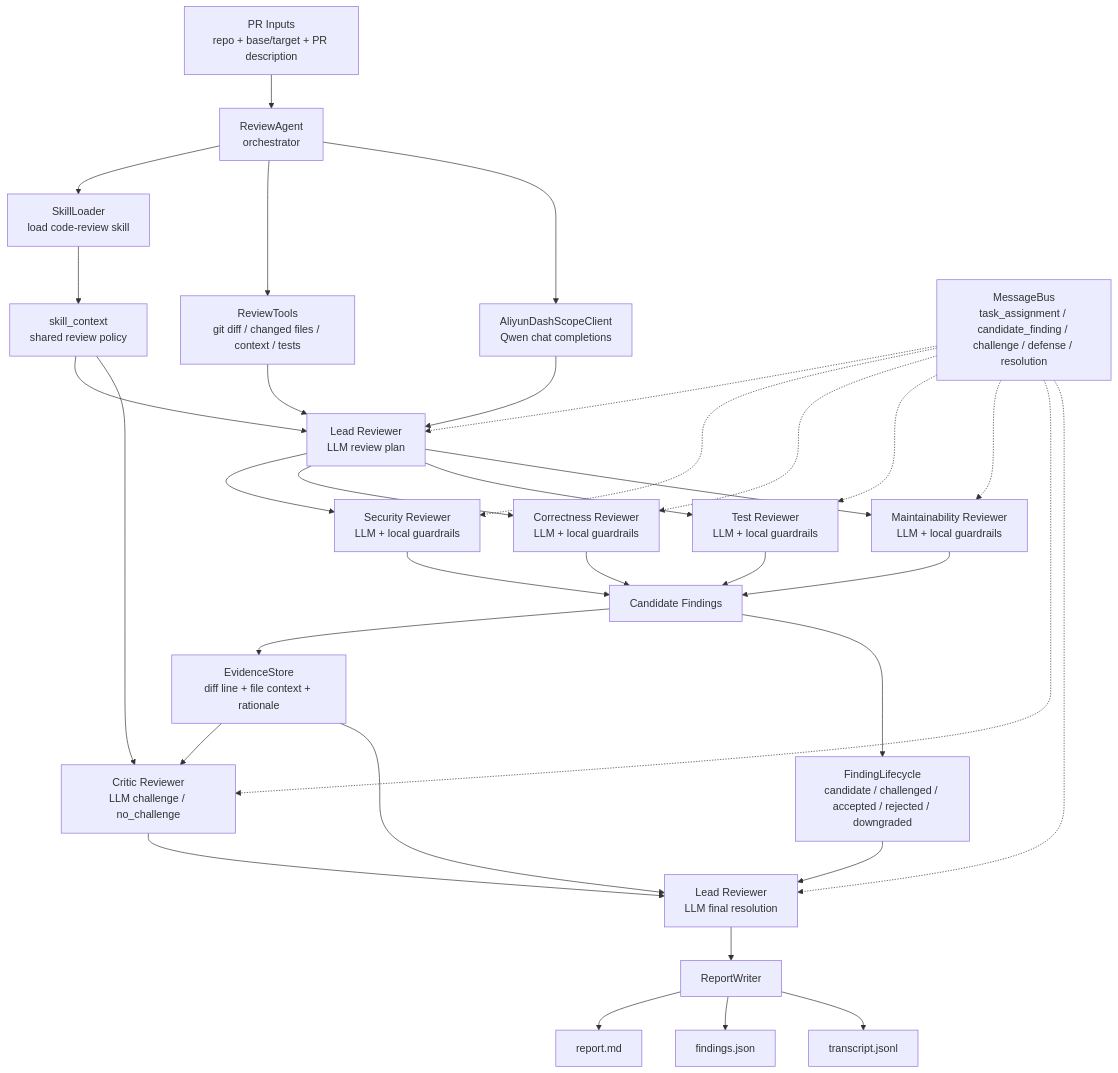
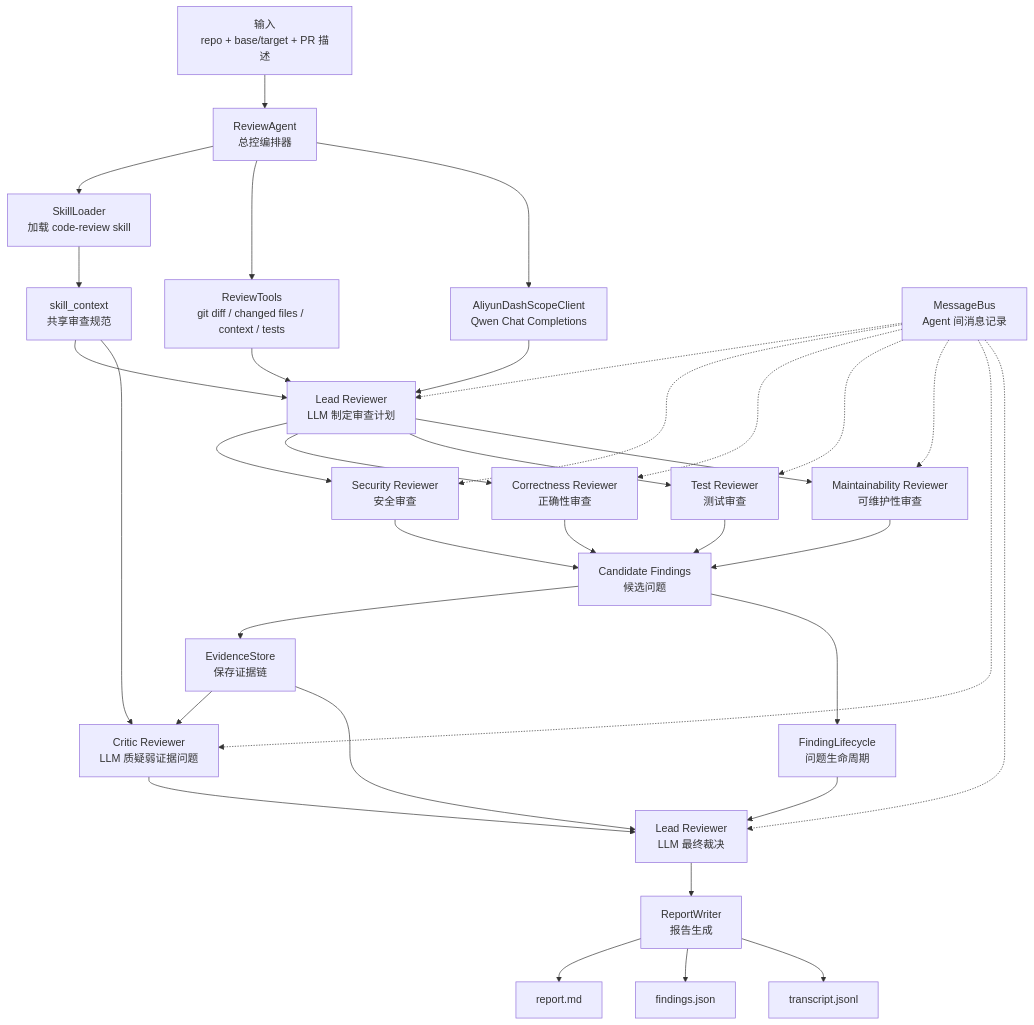
Before and after one commit to csy-csy123/pr-review-agent-council: the diagram in README.md, drawn with Mermaid. The commit also changed other lines of this file and 2 other files, not shown here.

````diff
--- a/README.md
+++ b/README.md
@@ -22,43 +33,43 @@
 ```mermaid
 flowchart TD
-    A["PR Inputs<br/>repo + base/target + PR description"] --> B["ReviewAgent<br/>orchestrator"]
-    B --> C["SkillLoader<br/>load code-review skill"]
+    A["输入<br/>repo + base/target + PR 描述"] --> B["ReviewAgent<br/>总控编排器"]
+    B --> C["SkillLoader<br/>加载 code-review skill"]
     B --> D["ReviewTools<br/>git diff / changed files / context / tests"]
-    B --> E["AliyunDashScopeClient<br/>Qwen chat completions"]
+    B --> E["AliyunDashScopeClient<br/>Qwen Chat Completions"]
 
-    C --> F["skill_context<br/>shared review policy"]
-    D --> G["Lead Reviewer<br/>LLM review plan"]
+    C --> F["skill_context<br/>共享审查规范"]
+    D --> G["Lead Reviewer<br/>LLM 制定审查计划"]
     E --> G
     F --> G
 
-    G --> H["Security Reviewer<br/>LLM + local guardrails"]
-    G --> I["Correctness Reviewer<br/>LLM + local guardrails"]
-    G --> J["Test Reviewer<br/>LLM + local guardrails"]
-    G --> K["Maintainability Reviewer<br/>LLM + local guardrails"]
+    G --> H["Security Reviewer<br/>安全审查"]
+    G --> I["Correctness Reviewer<br/>正确性审查"]
+    G --> J["Test Reviewer<br/>测试审查"]
+    G --> K["Maintainability Reviewer<br/>可维护性审查"]
 
-    H --> L["Candidate Findings"]
+    H --> L["Candidate Findings<br/>候选问题"]
     I --> L
     J --> L
     K --> L
 
-    L --> M["EvidenceStore<br/>diff line + file context + rationale"]
-    L --> N["FindingLifecycle<br/>candidate / challenged / accepted / rejected / downgraded"]
-    M --> O["Critic Reviewer<br/>LLM challenge / no_challenge"]
+    L --> M["EvidenceStore<br/>保存证据链"]
+    L --> N["FindingLifecycle<br/>问题生命周期"]
+    M --> O["Critic Reviewer<br/>LLM 质疑弱证据问题"]
     F --> O
-    O --> P["Lead Reviewer<br/>LLM final resolution"]
+    O --> P["Lead Reviewer<br/>LLM 最终裁决"]
     M --> P
     N --> P
 
-    P --> Q["ReportWriter"]
+    P --> Q["ReportWriter<br/>报告生成"]
     Q --> R["report.md"]
     Q --> S["findings.json"]
     Q --> T["transcript.jsonl"]
 
-    U["MessageBus<br/>task_assignment / candidate_finding / challenge / defense / resolution"] -.-> G
+    U["MessageBus<br/>Agent 间消息记录"] -.-> G
     U -.-> H
     U -.-> I
     U -.-> J
     U -.-> K
     U -.-> O
     U -.-> P
 ```
````
